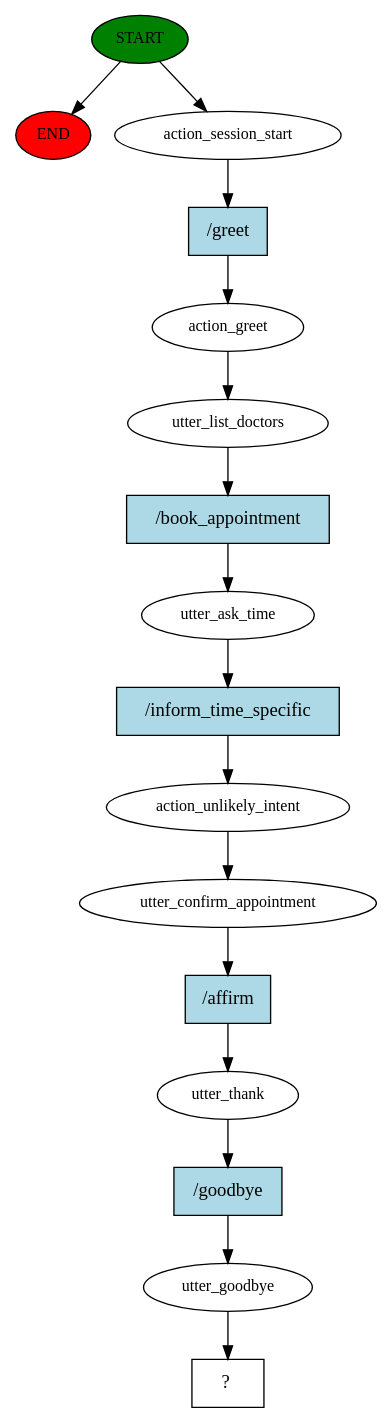
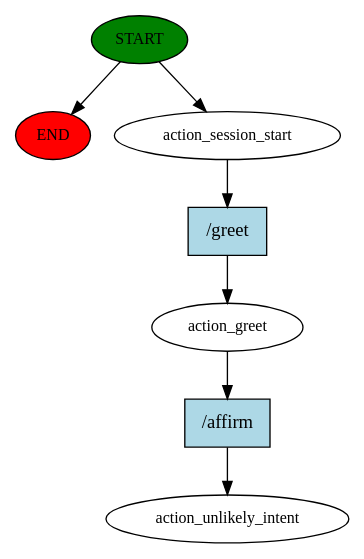
The diagram in aiqahealthbot/story_graph.dot (ankitpatel-akp4/sas-rasa), drawn with Graphviz before and after one commit. The commit also changed 11 other files, not shown here.

```diff
--- a/aiqahealthbot/story_graph.dot
+++ b/aiqahealthbot/story_graph.dot
@@ -1,33 +1,15 @@
 digraph  {
 0 [class="start active", fillcolor=green, fontsize=12, label=START, style=filled];
 "-1" [class=end, fillcolor=red, fontsize=12, label=END, style=filled];
 1 [class=active, fontsize=12, label=action_session_start];
 2 [class=active, fontsize=12, label=action_greet];
-3 [class=active, fontsize=12, label=utter_list_doctors];
-4 [class=active, fontsize=12, label=utter_ask_time];
-5 [class=active, fontsize=12, label=action_unlikely_intent];
-6 [class=active, fontsize=12, label=utter_confirm_appointment];
-7 [class=active, fontsize=12, label=utter_thank];
-8 [class=active, fontsize=12, label=utter_goodbye];
-9 [class="intent dashed active", label="  ?  ", shape=rect];
-10 [class="intent active", fillcolor=lightblue, label="/greet", shape=rect, style=filled];
-11 [class="intent active", fillcolor=lightblue, label="/book_appointment", shape=rect, style=filled];
-12 [class="intent active", fillcolor=lightblue, label="/inform_time_specific", shape=rect, style=filled];
-13 [class="intent active", fillcolor=lightblue, label="/affirm", shape=rect, style=filled];
-14 [class="intent active", fillcolor=lightblue, label="/goodbye", shape=rect, style=filled];
+3 [class="dashed active", fontsize=12, label=action_unlikely_intent];
+4 [class="intent active", fillcolor=lightblue, label="/greet", shape=rect, style=filled];
+5 [class="intent active", fillcolor=lightblue, label="/affirm", shape=rect, style=filled];
 0 -> "-1"  [class="", key=NONE, label=""];
 0 -> 1  [class=active, key=NONE, label=""];
-1 -> 10  [class=active, key=0];
-2 -> 3  [class=active, key=NONE, label=""];
-3 -> 11  [class=active, key=0];
-4 -> 12  [class=active, key=0];
-5 -> 6  [class=active, key=NONE, label=""];
-6 -> 13  [class=active, key=0];
-7 -> 14  [class=active, key=0];
-8 -> 9  [class=active, key=NONE, label=""];
-10 -> 2  [class=active, key=0];
-11 -> 4  [class=active, key=0];
-12 -> 5  [class=active, key=0];
-13 -> 7  [class=active, key=0];
-14 -> 8  [class=active, key=0];
+1 -> 4  [class=active, key=0];
+2 -> 5  [class=active, key=0];
+4 -> 2  [class=active, key=0];
+5 -> 3  [class=active, key=0];
 }
```
